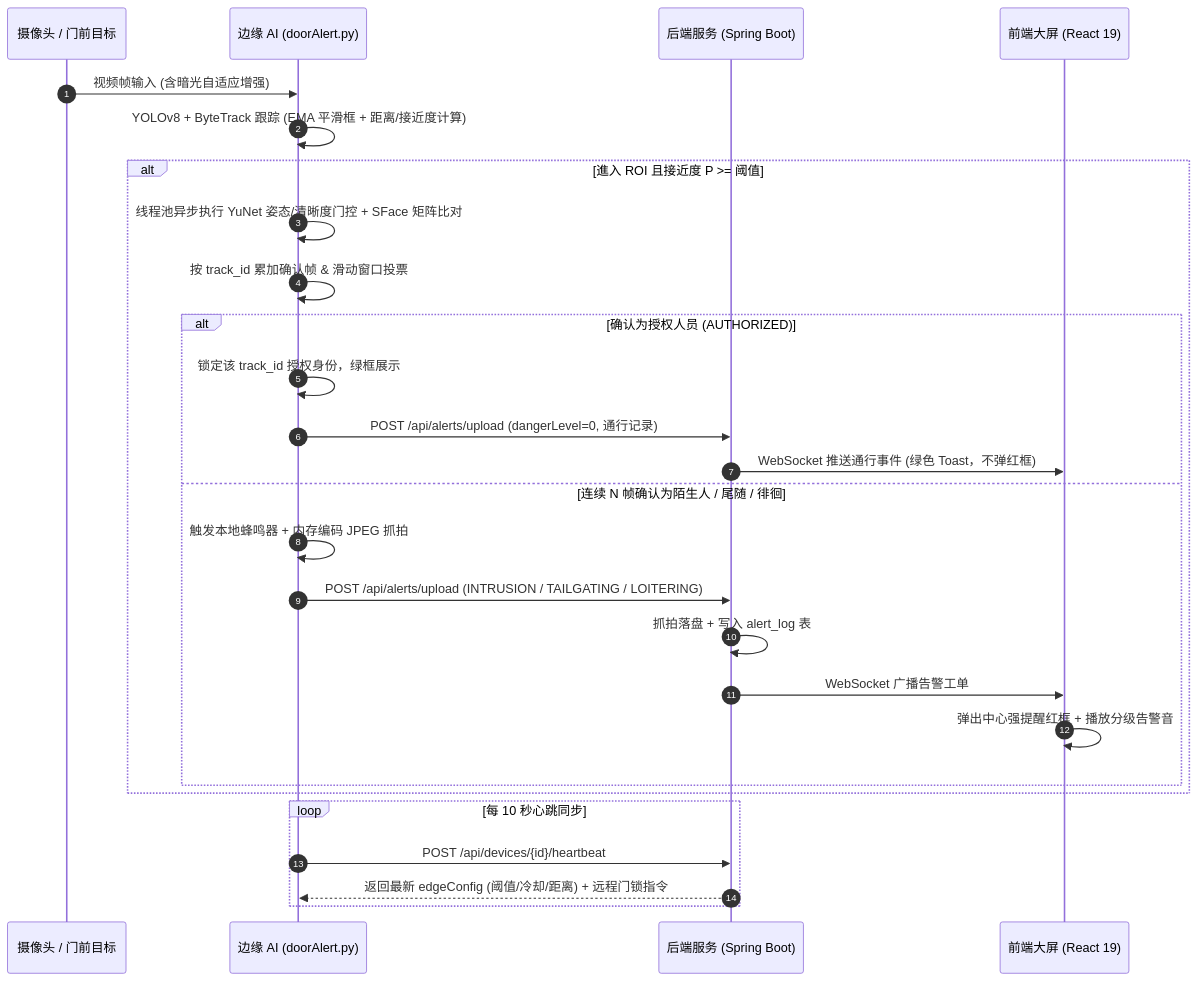
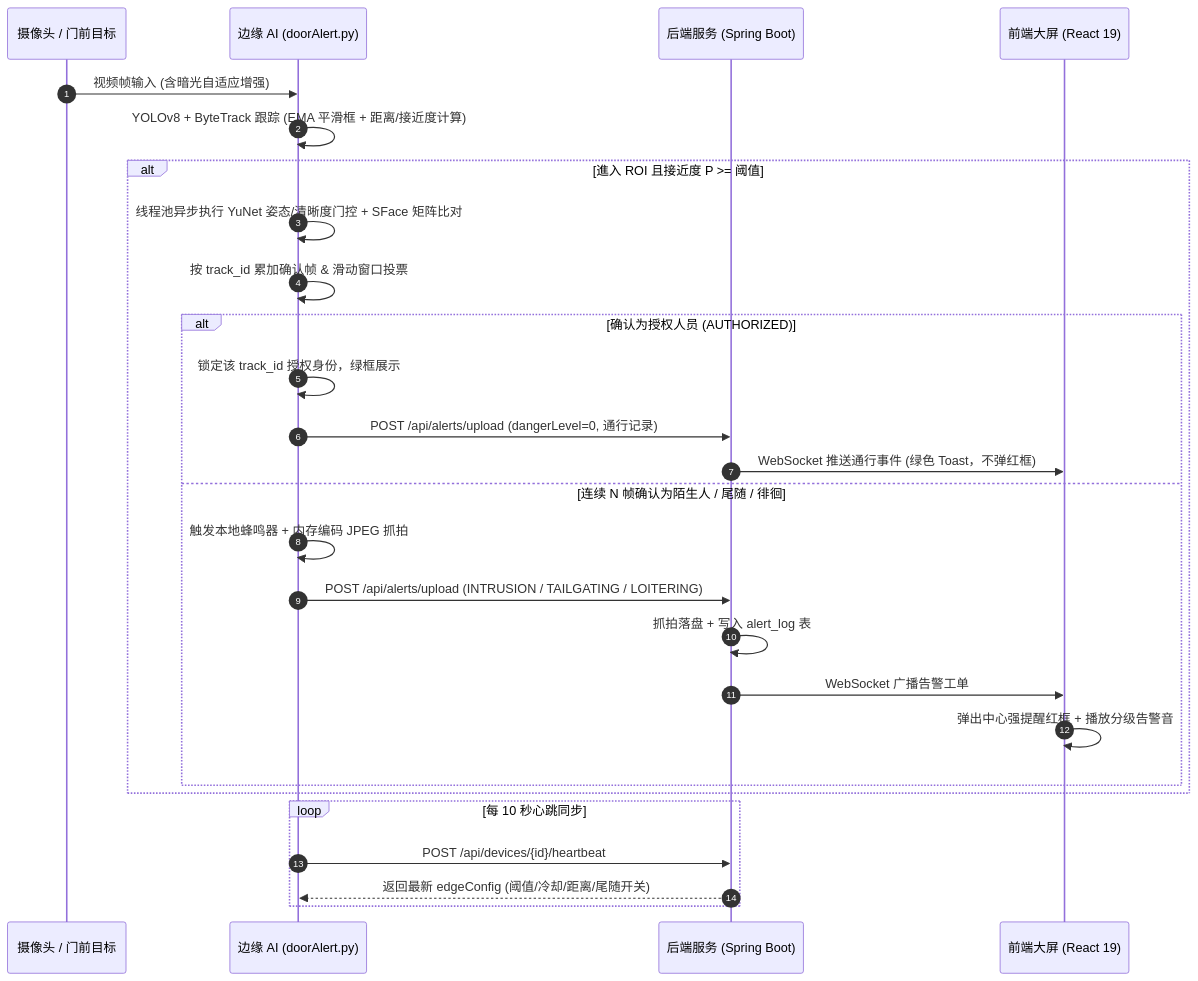
One commit to Ckj6818/intelligent-door-alert-system changed the second of 2 diagrams in README.md. Above: the diagram before and after it, drawn with Mermaid. The commit also changed other lines of this file and 13 other files, not shown here.

````diff
--- a/README.md
+++ b/README.md
@@ -137,30 +137,30 @@
 ```mermaid
 sequenceDiagram
   autonumber
   participant C as 摄像头 / 门前目标
   participant E as 边缘 AI (doorAlert.py)
   participant B as 后端服务 (Spring Boot)
   participant W as 前端大屏 (React 19)
 
   C->>E: 视频帧输入 (含暗光自适应增强)
   E->>E: YOLOv8 + ByteTrack 跟踪 (EMA 平滑框 + 距离/接近度计算)
   alt 進入 ROI 且接近度 P >= 阈值
     E->>E: 线程池异步执行 YuNet 姿态/清晰度门控 + SFace 矩阵比对
     E->>E: 按 track_id 累加确认帧 & 滑动窗口投票
     alt 确认为授权人员 (AUTHORIZED)
       E->>E: 锁定该 track_id 授权身份，绿框展示
       E->>B: POST /api/alerts/upload (dangerLevel=0, 通行记录)
       B->>W: WebSocket 推送通行事件 (绿色 Toast，不弹红框)
     else 连续 N 帧确认为陌生人 / 尾随 / 徘徊
       E->>E: 触发本地蜂鸣器 + 内存编码 JPEG 抓拍
       E->>B: POST /api/alerts/upload (INTRUSION / TAILGATING / LOITERING)
       B->>B: 抓拍落盘 + 写入 alert_log 表
       B->>W: WebSocket 广播告警工单
       W->>W: 弹出中心强提醒红框 + 播放分级告警音
     end
   end
   loop 每 10 秒心跳同步
     E->>B: POST /api/devices/{id}/heartbeat
-    B-->>E: 返回最新 edgeConfig (阈值/冷却/距离) + 远程门锁指令
+    B-->>E: 返回最新 edgeConfig (阈值/冷却/距离/尾随开关)
   end
 ```
````
